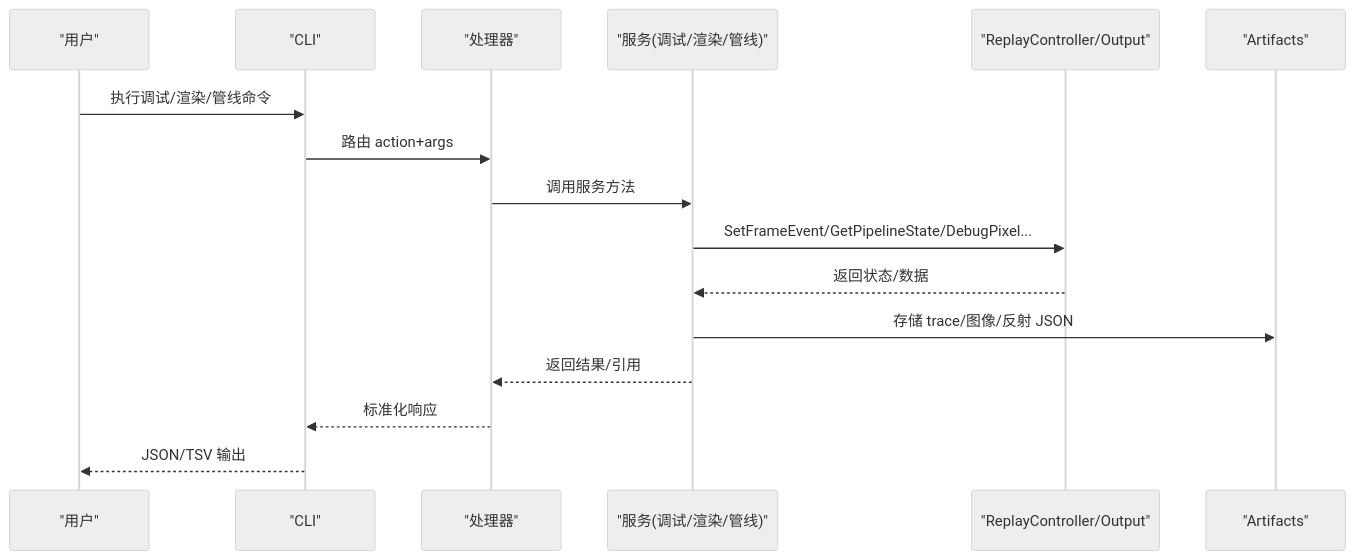
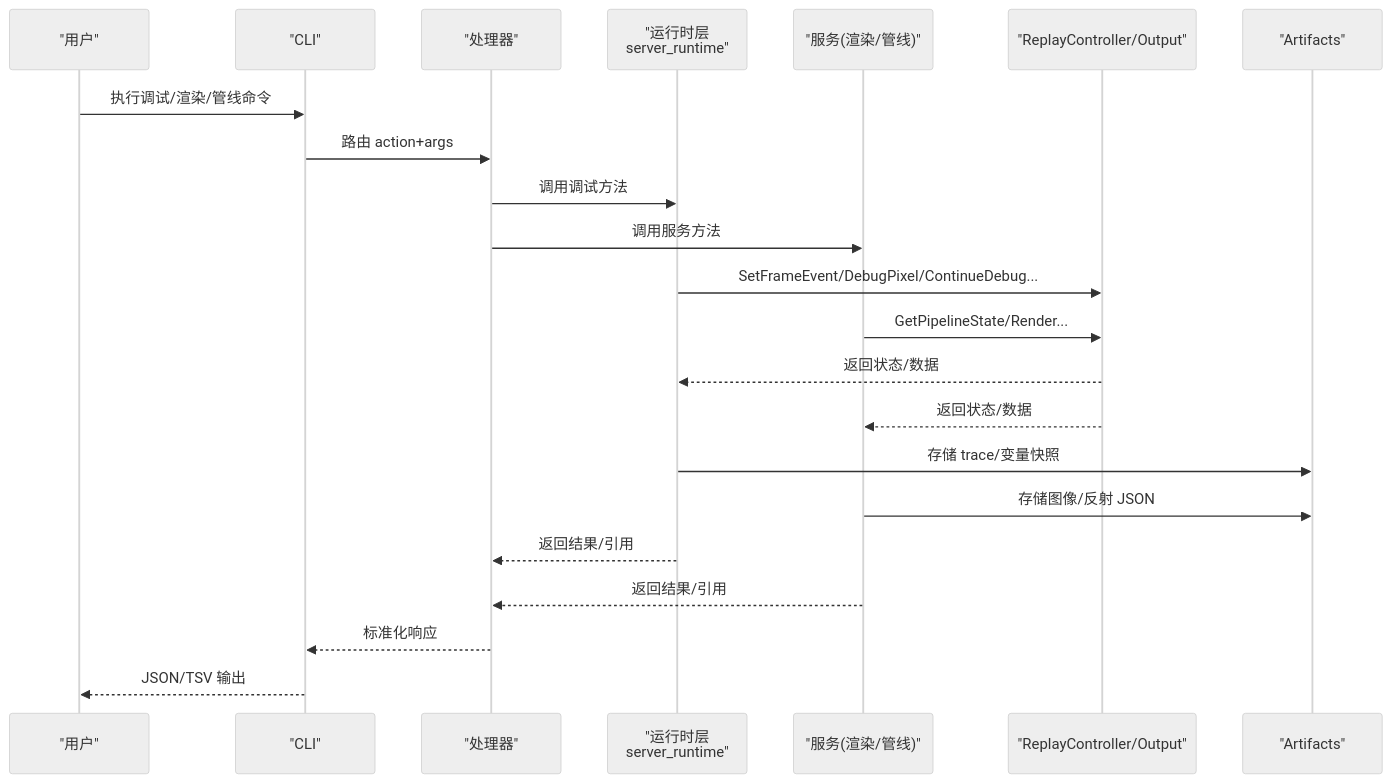
Before and after one commit to haolange/RDC-Tool: the second of 6 diagrams in .qoder/repowiki/zh/content/故障排除/调试工具使用.md, drawn with Mermaid (neutral theme). The commit also changed other lines of this file and 79 other files, not shown here.

````diff
--- a/.qoder/repowiki/zh/content/故障排除/调试工具使用.md
+++ b/.qoder/repowiki/zh/content/故障排除/调试工具使用.md
@@ -87,18 +102,24 @@
 ```mermaid
 sequenceDiagram
 participant U as "用户"
 participant CLI as "CLI"
 participant H as "处理器"
-participant S as "服务(调试/渲染/管线)"
+participant RT as "运行时层<br/>server_runtime"
+participant S as "服务(渲染/管线)"
 participant RM as "ReplayController/Output"
 participant FS as "Artifacts"
 U->>CLI : 执行调试/渲染/管线命令
 CLI->>H : 路由 action+args
+H->>RT : 调用调试方法
 H->>S : 调用服务方法
-S->>RM : SetFrameEvent/GetPipelineState/DebugPixel...
+RT->>RM : SetFrameEvent/DebugPixel/ContinueDebug...
+S->>RM : GetPipelineState/Render...
+RM-->>RT : 返回状态/数据
 RM-->>S : 返回状态/数据
-S->>FS : 存储 trace/图像/反射 JSON
+RT->>FS : 存储 trace/变量快照
+S->>FS : 存储图像/反射 JSON
+RT-->>H : 返回结果/引用
 S-->>H : 返回结果/引用
 H-->>CLI : 标准化响应
 CLI-->>U : JSON/TSV 输出
 ```
````
